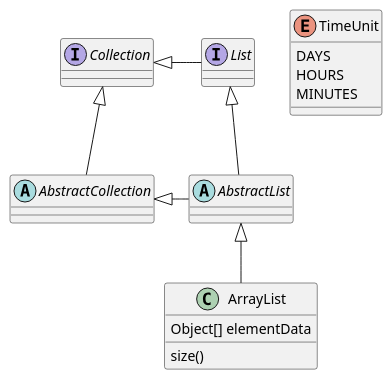
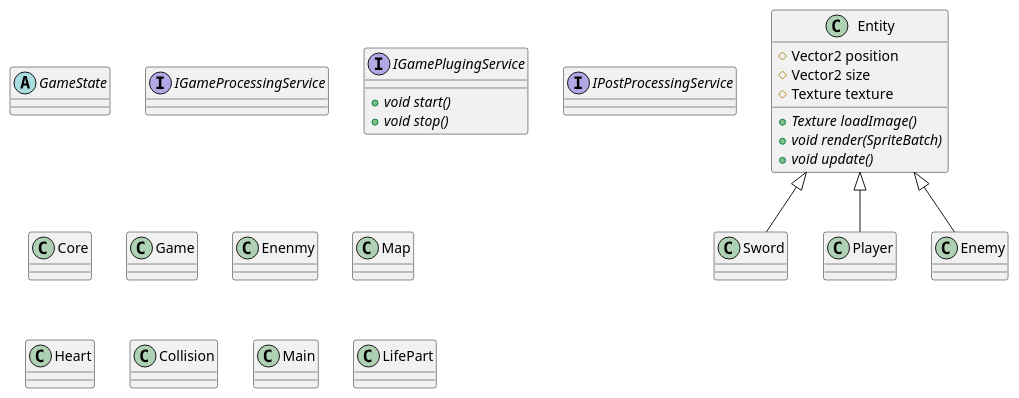
One commit to sesem4/Nelda changed the diagram in docs/diagrams/classDiagram.puml. Above: the diagram before and after it, drawn with PlantUML.

Commit message:
Get started with class diagram

```diff
--- a/docs/diagrams/classDiagram.puml
+++ b/docs/diagrams/classDiagram.puml
@@ -1,27 +1,40 @@
 @startuml
 'https://plantuml.com/class-diagram
 
-abstract class AbstractList
-abstract AbstractCollection
-interface List
-interface Collection
+abstract class Entity
+abstract class GameState
+interface IGameProcessingService
+interface IGamePlugingService
+interface IPostProcessingService
+class Core
+class Game
+class Enenmy
+class Sword
+class Map
+class Heart
+class Collision
+class Player
+class Main
+class LifePart
+class Entity{
+# Vector2 position
+# Vector2 size
+# Texture texture
++ {abstract} Texture loadImage()
++ {abstract} void render(SpriteBatch)
++ {abstract} void update()
 
-List <|-- AbstractList
-Collection <|-- AbstractCollection
-
-Collection <|- List
-AbstractCollection <|- AbstractList
-AbstractList <|-- ArrayList
-
-class ArrayList {
-Object[] elementData
-size()
+}
+interface IGamePlugingService{
+ {abstract} + void start()
+ {abstract} + void stop()
 }
 
-enum TimeUnit {
-DAYS
-HOURS
-MINUTES
-}
+Entity <|-- Player
+Entity <|-- Enemy
+Entity <|-- Sword
+
+
+
 
 @enduml
```
